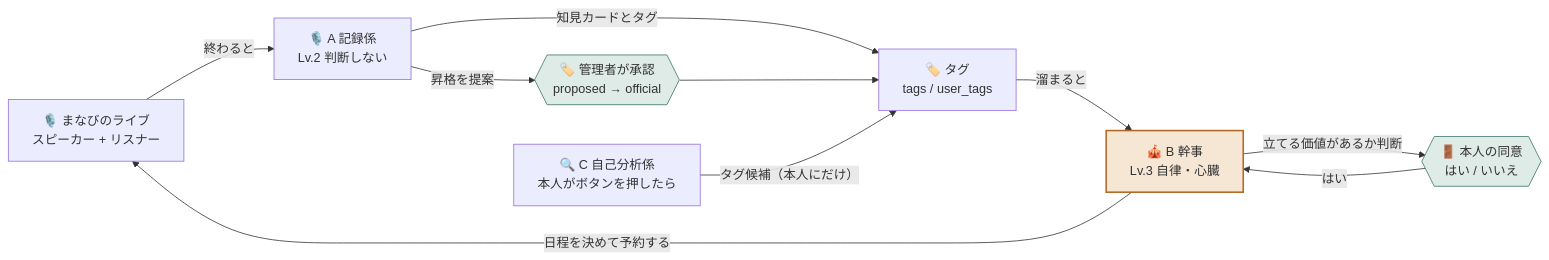
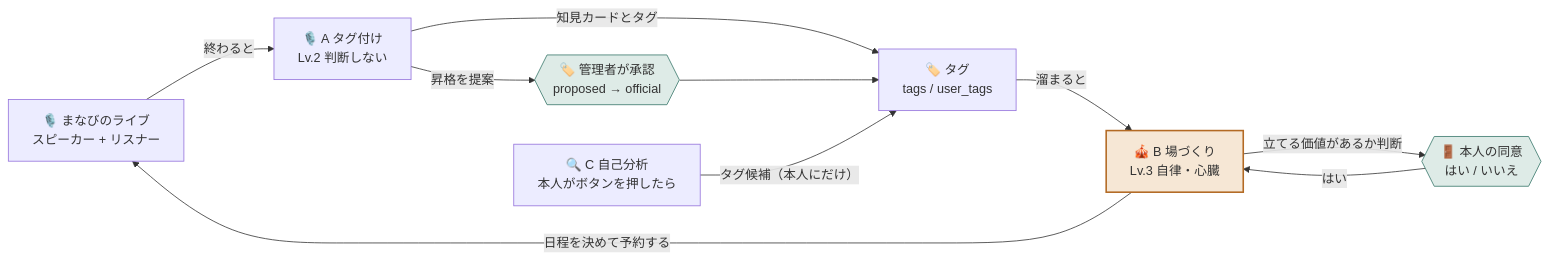
Before and after one commit to Komuro-524/manabi-no-wa: the first of 2 diagrams in DESIGN.md, drawn with Mermaid. The commit also changed other lines of this file and 3 other files, not shown here.

````diff
--- a/DESIGN.md
+++ b/DESIGN.md
@@ -38,24 +38,24 @@
 ```mermaid
 flowchart LR
   L["🎙️ まなびのライブ<br/>スピーカー + リスナー"]
-  A["🎙️ A 記録係<br/>Lv.2 判断しない"]
+  A["🎙️ A タグ付け<br/>Lv.2 判断しない"]
   T["🏷️ タグ<br/>tags / user_tags"]
-  B["🎪 B 幹事<br/>Lv.3 自律・心臓"]
-  C["🔍 C 自己分析係<br/>本人がボタンを押したら"]
+  B["🎪 B 場づくり<br/>Lv.3 自律・心臓"]
+  C["🔍 C 自己分析<br/>本人がボタンを押したら"]
   G1{{"🚪 本人の同意<br/>はい / いいえ"}}
   G2{{"🏷️ 管理者が承認<br/>proposed → official"}}
 
   L -- "終わると" --> A
   A -- "知見カードとタグ" --> T
   A -- "昇格を提案" --> G2
   G2 --> T
   T -- "溜まると" --> B
   B -- "立てる価値があるか判断" --> G1
   G1 -- "はい" --> B
   B -- "日程を決めて予約する" --> L
   C -- "タグ候補（本人にだけ）" --> T
 
   style B fill:#F6E7D5,stroke:#B36A24,stroke-width:2px
   style G1 fill:#DEEBE7,stroke:#37776A
   style G2 fill:#DEEBE7,stroke:#37776A
 ```
````
